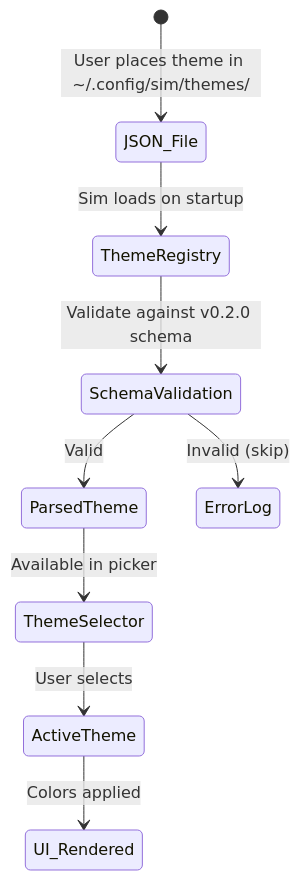
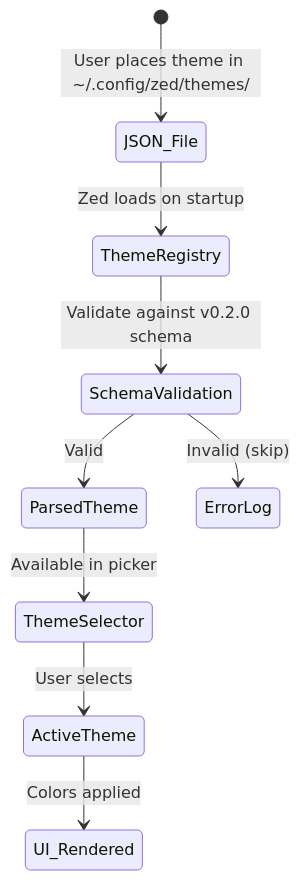
One commit to imagineerings/xor changed the second of 2 diagrams in .agents/specs/spectrum-2-theme/design.md. Above: the diagram before and after it, drawn with Mermaid. The commit also changed other lines of this file and 2547 other files, not shown here.

````diff
--- a/.agents/specs/spectrum-2-theme/design.md
+++ b/.agents/specs/spectrum-2-theme/design.md
@@ -702,11 +702,11 @@
 ```mermaid
 stateDiagram-v2
-    [*] --> JSON_File: User places theme in ~/.config/sim/themes/
-    JSON_File --> ThemeRegistry: Sim loads on startup
+    [*] --> JSON_File: User places theme in ~/.config/zed/themes/
+    JSON_File --> ThemeRegistry: Zed loads on startup
     ThemeRegistry --> SchemaValidation: Validate against v0.2.0 schema
     SchemaValidation --> ParsedTheme: Valid
     SchemaValidation --> ErrorLog: Invalid (skip)
     ParsedTheme --> ThemeSelector: Available in picker
     ThemeSelector --> ActiveTheme: User selects
     ActiveTheme --> UI_Rendered: Colors applied
 ```
````
